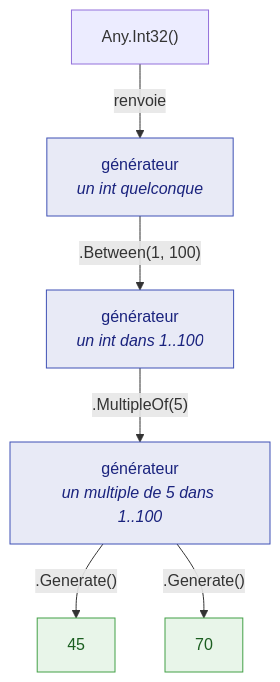
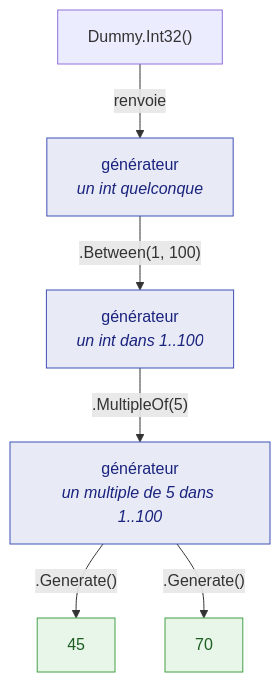
Before and after one commit to Reefact/just-dummies: the first of 2 diagrams in doc/handwritten/for-users/guides/core-concepts.fr.md, drawn with Mermaid. The commit also changed other lines of this file and 755 other files, not shown here.

````diff
--- a/doc/handwritten/for-users/guides/core-concepts.fr.md
+++ b/doc/handwritten/for-users/guides/core-concepts.fr.md
@@ -35,15 +35,15 @@
 ```mermaid
 flowchart TD
     accTitle: Pourquoi un générateur est une recette et non une valeur
-    accDescr: Any.Int32() renvoie un générateur d'un int quelconque. Between(1, 100) en renvoie un nouveau, et MultipleOf(5) encore un autre. Appeler Generate() deux fois sur ce dernier générateur donne deux valeurs différentes, 45 et 70.
-    F["Any.Int32()"] -->|"renvoie"| G1["générateur<br/><i>un int quelconque</i>"]
+    accDescr: Dummy.Int32() renvoie un générateur d'un int quelconque. Between(1, 100) en renvoie un nouveau, et MultipleOf(5) encore un autre. Appeler Generate() deux fois sur ce dernier générateur donne deux valeurs différentes, 45 et 70.
+    F["Dummy.Int32()"] -->|"renvoie"| G1["générateur<br/><i>un int quelconque</i>"]
     G1 -->|".Between(1, 100)"| G2["générateur<br/><i>un int dans 1..100</i>"]
     G2 -->|".MultipleOf(5)"| G3["générateur<br/><i>un multiple de 5 dans 1..100</i>"]
     G3 -->|".Generate()"| V["45"]
     G3 -->|".Generate()"| V2["70"]
     style G1 fill:#e8eaf6,stroke:#3f51b5,color:#1a237e
     style G2 fill:#e8eaf6,stroke:#3f51b5,color:#1a237e
     style G3 fill:#e8eaf6,stroke:#3f51b5,color:#1a237e
     style V fill:#e8f5e9,stroke:#43a047,color:#1b5e20
     style V2 fill:#e8f5e9,stroke:#43a047,color:#1b5e20
 ```
````
